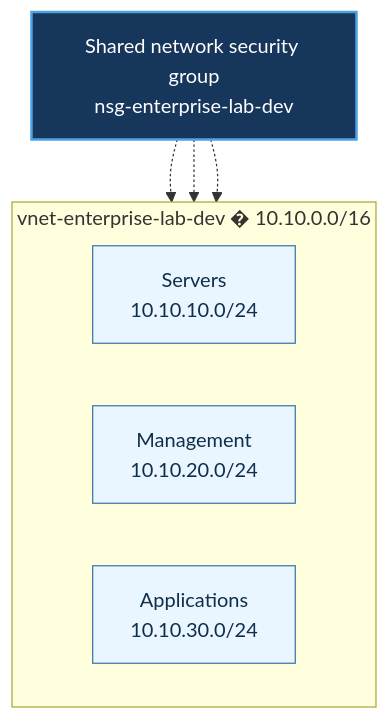
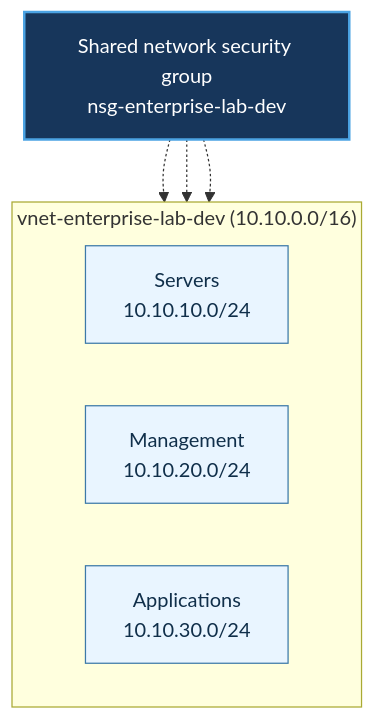
The diagram in README.md (robcorbisiero/azure-enterprise-infrastructure-lab), drawn with Mermaid before and after one commit. The commit also changed other lines of this file, not shown here.

Commit message:
Fix corrupted separators in the Azure lab README

````diff
--- a/README.md
+++ b/README.md
@@ -15,17 +15,17 @@
 ```mermaid
 flowchart TB
     NSG["Shared network security group<br/>nsg-enterprise-lab-dev"]
-    subgraph VNET["vnet-enterprise-lab-dev � 10.10.0.0/16"]
+    subgraph VNET["vnet-enterprise-lab-dev (10.10.0.0/16)"]
         direction LR
         SERVERS["Servers<br/>10.10.10.0/24"]
         MGMT["Management<br/>10.10.20.0/24"]
         APPS["Applications<br/>10.10.30.0/24"]
     end
     NSG -.-> SERVERS
     NSG -.-> MGMT
     NSG -.-> APPS
     classDef security fill:#17365b,stroke:#4ba3e3,color:#fff,stroke-width:2px
     classDef subnet fill:#e9f5ff,stroke:#3d79a8,color:#102f4a,stroke-width:1px
     class NSG security
     class SERVERS,MGMT,APPS subnet
 ```
````
